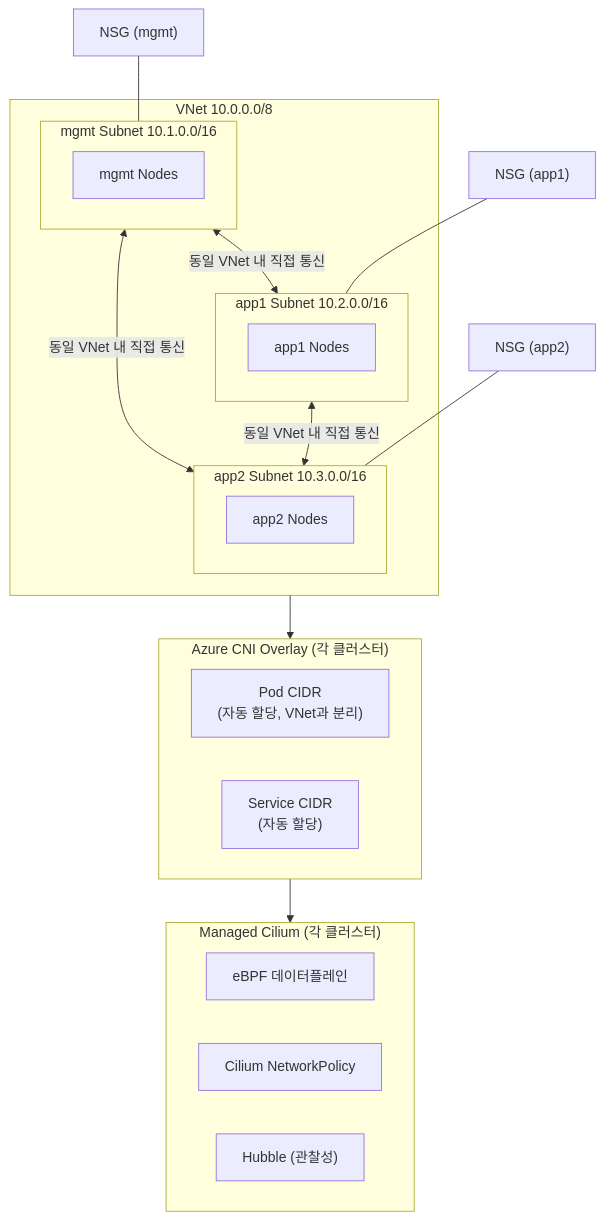
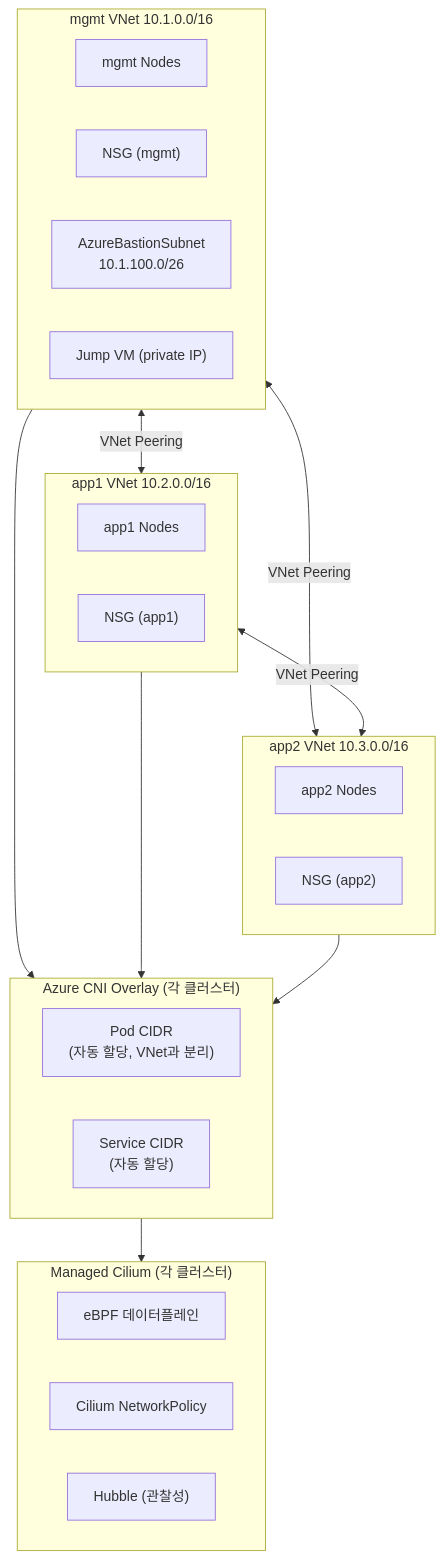
One commit to bocopile/azure-k8s-terraform changed the third of 22 diagrams in document/azure/DIAGRAMS.md. Above: the diagram before and after it, drawn with Mermaid. The commit also changed other lines of this file, not shown here.

First line of the commit message:
docs: DIAGRAMS.md 전면 재작성 및 다이어그램 정합성 수정

````diff
--- a/document/azure/DIAGRAMS.md
+++ b/document/azure/DIAGRAMS.md
@@ -172,38 +188,41 @@
 ```mermaid
 graph TB
-    subgraph VNet["VNet 10.0.0.0/8"]
-        subgraph SubMgmt["mgmt Subnet 10.1.0.0/16"]
-            MGMT_NODES["mgmt Nodes"]
-        end
-        subgraph SubApp1["app1 Subnet 10.2.0.0/16"]
-            APP1_NODES["app1 Nodes"]
-        end
-        subgraph SubApp2["app2 Subnet 10.3.0.0/16"]
-            APP2_NODES["app2 Nodes"]
-        end
+    subgraph mgmtVNet["mgmt VNet 10.1.0.0/16"]
+        MGMT_NODES["mgmt Nodes"]
+        NSG_M["NSG (mgmt)"]
+        BASTION_SUB["AzureBastionSubnet<br/>10.1.100.0/26"]
+        JUMP_NODE["Jump VM (private IP)"]
     end
 
-    SubMgmt <-->|"동일 VNet 내 직접 통신"| SubApp1
-    SubMgmt <-->|"동일 VNet 내 직접 통신"| SubApp2
-    SubApp1 <-->|"동일 VNet 내 직접 통신"| SubApp2
+    subgraph app1VNet["app1 VNet 10.2.0.0/16"]
+        APP1_NODES["app1 Nodes"]
+        NSG_A1["NSG (app1)"]
+    end
 
-    NSG_M["NSG (mgmt)"] --- SubMgmt
-    NSG_A1["NSG (app1)"] --- SubApp1
-    NSG_A2["NSG (app2)"] --- SubApp2
+    subgraph app2VNet["app2 VNet 10.3.0.0/16"]
+        APP2_NODES["app2 Nodes"]
+        NSG_A2["NSG (app2)"]
+    end
+
+    mgmtVNet <-->|"VNet Peering"| app1VNet
+    mgmtVNet <-->|"VNet Peering"| app2VNet
+    app1VNet <-->|"VNet Peering"| app2VNet
 
     subgraph Overlay["Azure CNI Overlay (각 클러스터)"]
         direction LR
         POD_CIDR["Pod CIDR<br/>(자동 할당, VNet과 분리)"]
         SVC_CIDR["Service CIDR<br/>(자동 할당)"]
     end
 
     subgraph Cilium["Managed Cilium (각 클러스터)"]
         direction LR
         EBPF["eBPF 데이터플레인"]
         NP["Cilium NetworkPolicy"]
         HUB["Hubble (관찰성)"]
     end
 
-    VNet --> Overlay
+    mgmtVNet --> Overlay
+    app1VNet --> Overlay
+    app2VNet --> Overlay
     Overlay --> Cilium
 ```
````
